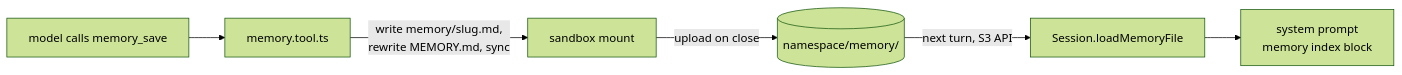
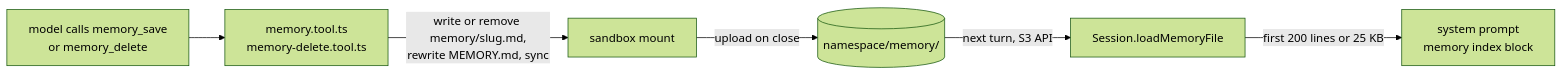
The seventh of 8 diagrams in apps/docs/docs/internals/storage.md (beeblastco/broods), drawn with Mermaid (forest theme) before and after one commit. The commit also changed other lines of this file and 25 other files, not shown here.

First line of the commit message:
feat(core): let agents delete a memory, and cap the loaded index at 200 lines

````diff
--- a/apps/docs/docs/internals/storage.md
+++ b/apps/docs/docs/internals/storage.md
@@ -164,8 +164,8 @@
 ```mermaid
 flowchart LR
-  Model["model calls memory_save"] --> Tool["memory.tool.ts"]
-  Tool -->|"write memory/slug.md,<br/>rewrite MEMORY.md, sync"| Mount["sandbox mount"]
+  Model["model calls memory_save<br/>or memory_delete"] --> Tool["memory.tool.ts<br/>memory-delete.tool.ts"]
+  Tool -->|"write or remove memory/slug.md,<br/>rewrite MEMORY.md, sync"| Mount["sandbox mount"]
   Mount -->|"upload on close"| S3[("namespace/memory/")]
   S3 -->|"next turn, S3 API"| Load["Session.loadMemoryFile"]
-  Load --> Prompt["system prompt<br/>memory index block"]
+  Load -->|"first 200 lines or 25 KB"| Prompt["system prompt<br/>memory index block"]
 ```
````
